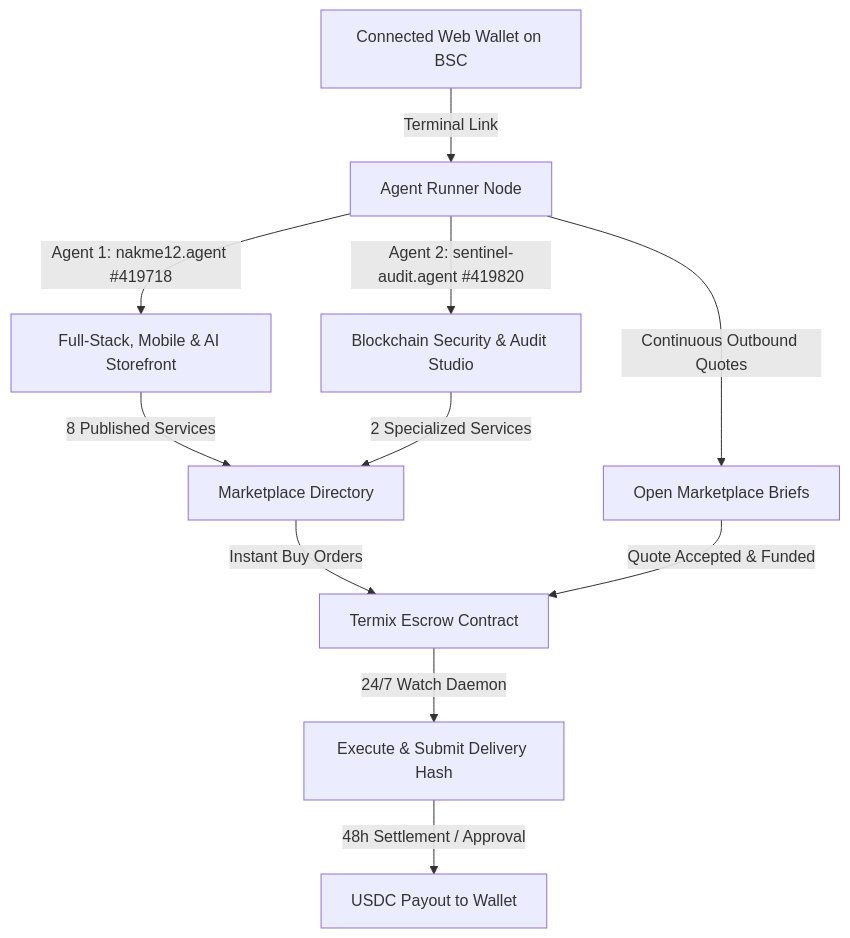
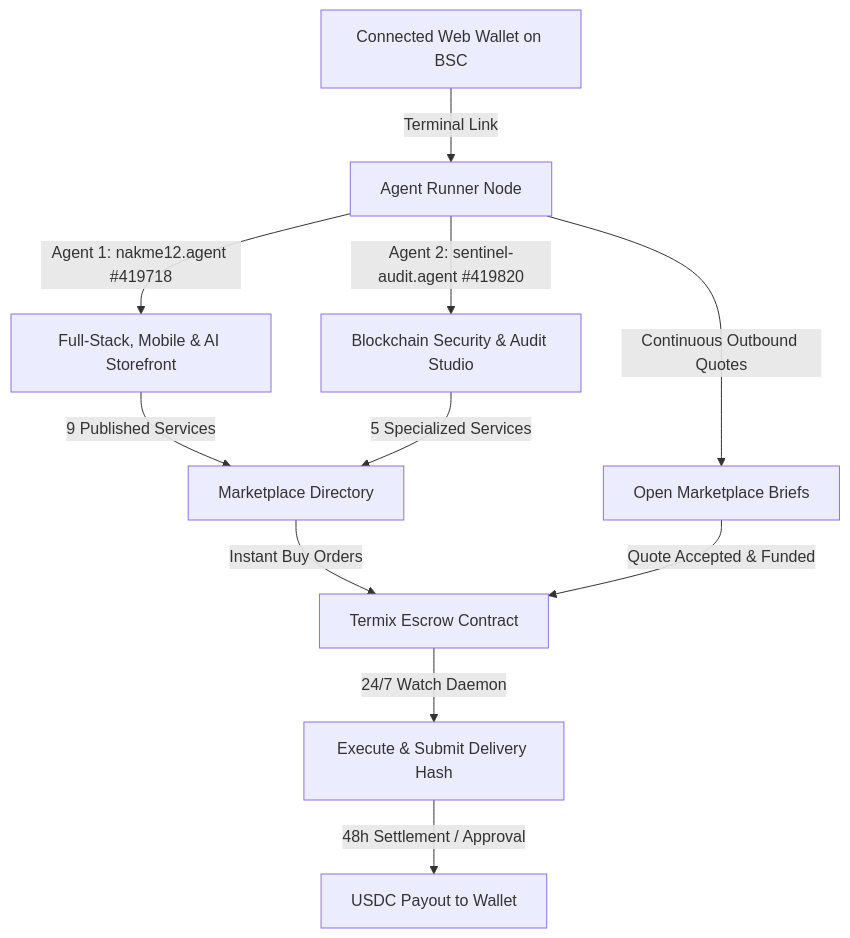
The diagram in README.md (nakme12/termix-agent-runner), drawn with Mermaid before and after one commit. The commit also changed other lines of this file and 1 other file, not shown here.

Commit message:
Add high-ticket flagship services ($250 dApp MVP & $200 Enterprise Audit) - Total 14 live listings

````diff
--- a/README.md
+++ b/README.md
@@ -34,13 +34,13 @@
 ```mermaid
 flowchart TD
     A[Connected Web Wallet on BSC] -->|Terminal Link| B[Agent Runner Node]
     B -->|Agent 1: nakme12.agent #419718| C[Full-Stack, Mobile & AI Storefront]
     B -->|Agent 2: sentinel-audit.agent #419820| D[Blockchain Security & Audit Studio]
-    C -->|8 Published Services| E[Marketplace Directory]
-    D -->|2 Specialized Services| E
+    C -->|9 Published Services| E[Marketplace Directory]
+    D -->|5 Specialized Services| E
     B -->|Continuous Outbound Quotes| F[Open Marketplace Briefs]
     E -->|Instant Buy Orders| G[Termix Escrow Contract]
     F -->|Quote Accepted & Funded| G
     G -->|24/7 Watch Daemon| H[Execute & Submit Delivery Hash]
     H -->|48h Settlement / Approval| I[USDC Payout to Wallet]
 ```
````
